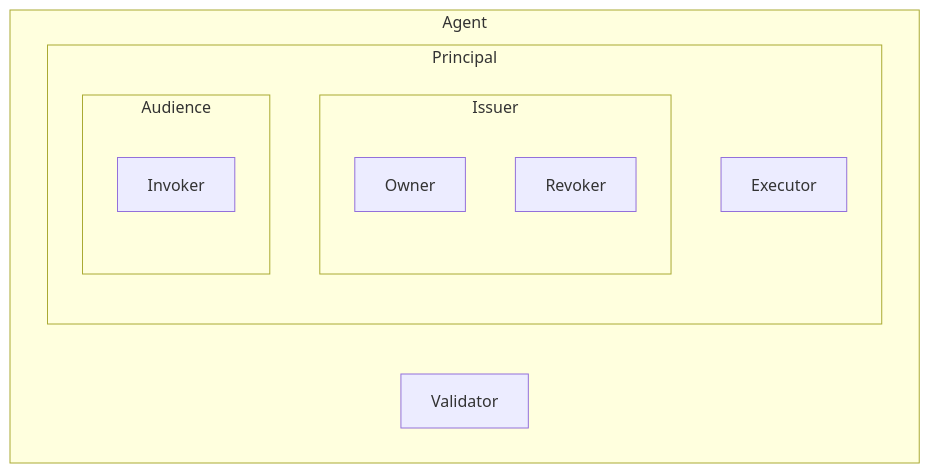
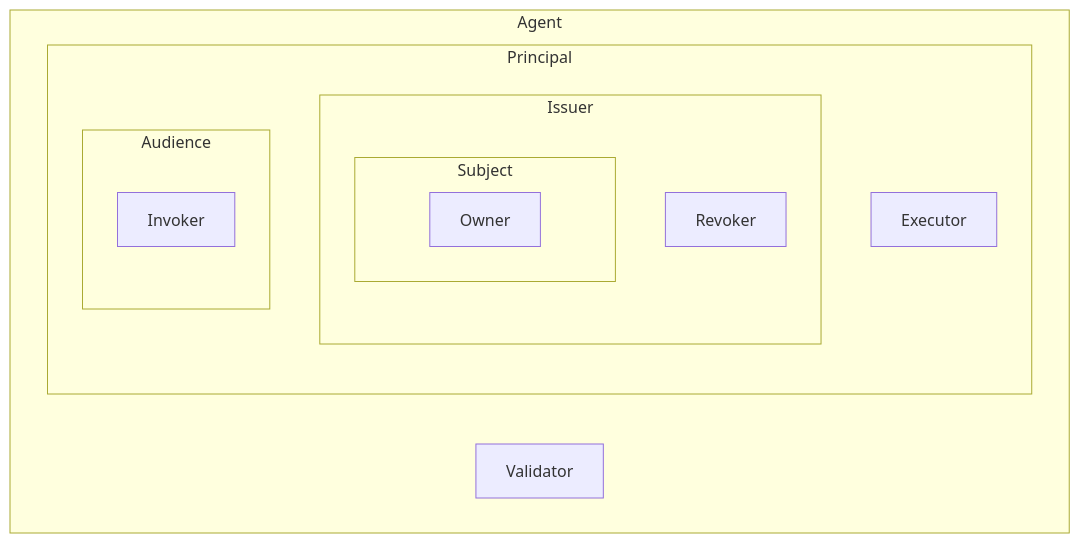
The third of 5 diagrams in README.md (michielbdejong/spec), drawn with Mermaid before and after one commit. The commit also changed other lines of this file, not shown here.

````diff
--- a/README.md
+++ b/README.md
@@ -213,23 +204,26 @@
 ``` mermaid
 flowchart TD
     subgraph Agent
         subgraph Principal
             direction TB
 
             subgraph Issuer
                 direction TB
                 
-                Owner
+                subgraph Subject
+                  Owner
+                end
+
                 Revoker
             end
 
             subgraph Audience
                 Invoker
             end
 
             Executor
         end
 
         Validator
     end
 ```
````
